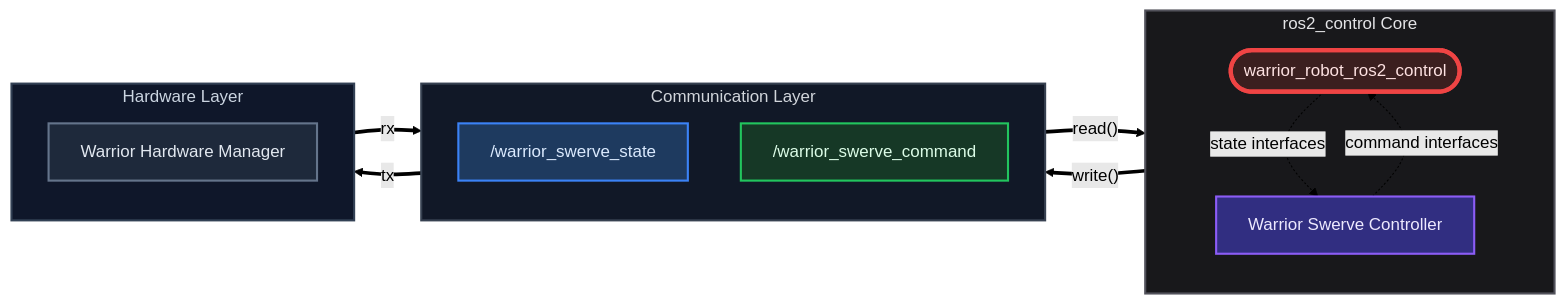
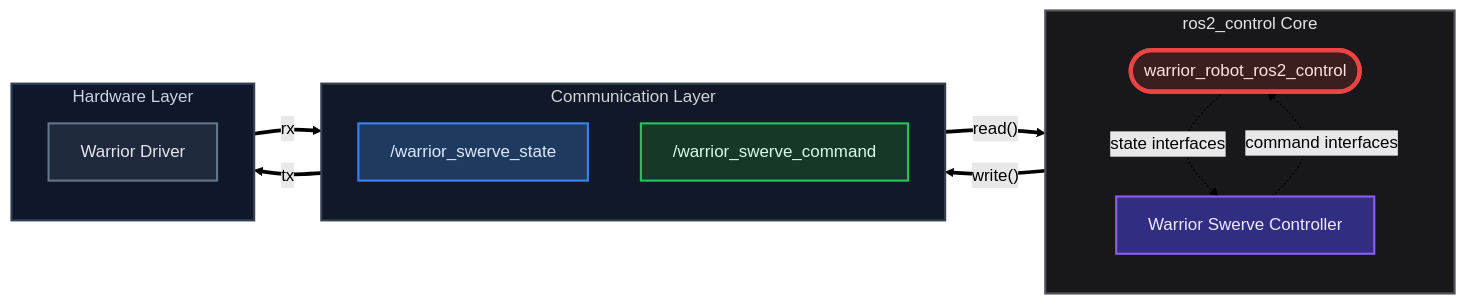
One commit to waynerobotics/Warrior_2026 changed the diagram in warrior_hardware/warrior_system/README.md. Above: the diagram before and after it, drawn with Mermaid (forest theme). The commit also changed 46 other files, not shown here.

````diff
--- a/warrior_hardware/warrior_system/README.md
+++ b/warrior_hardware/warrior_system/README.md
@@ -15,77 +15,77 @@
 ```mermaid
 flowchart LR
 
     %% =========================
     %% Communication Layer
     %% =========================
     subgraph COMM["Communication Layer"]
         direction TB
 
         FB["/warrior_swerve_state"]
         CMD["/warrior_swerve_command"]
     end
 
 
     %% =========================
     %% ros2_control Core
     %% =========================
     subgraph CORE["ros2_control Core"]
         direction TB
 
         SYS([warrior_robot_ros2_control])
 
         CTRL["Warrior Swerve Controller"]
     end
 
 
     %% =========================
     %% Hardware Layer
     %% =========================
     subgraph HWLAYER["Hardware Layer"]
         direction TB
 
-        HW["Warrior Hardware Manager"]
+        HW["Warrior Driver"]
     end
 
 
     %% =========================
     %% Data Flow
     %% =========================
     FB ==>|"read()"| SYS
 
     SYS ==>|"write()"| CMD
 
     CTRL -. "command interfaces" .-> SYS
     SYS -. "state interfaces" .-> CTRL
 
     CMD ==>|"tx"| HW
     HW ==>|"rx"| FB
 
 
     %% =========================
     %% Node Styles
     %% =========================
     classDef hardware fill:#1e293b,stroke:#64748b,color:#e2e8f0,stroke-width:2px;
     classDef state fill:#1e3a5f,stroke:#3b82f6,color:#dbeafe,stroke-width:2px;
     classDef command fill:#163826,stroke:#22c55e,color:#dcfce7,stroke-width:2px;
     classDef system fill:#3b1f1f,stroke:#ef4444,color:#fee2e2,stroke-width:4px;
     classDef controller fill:#312e81,stroke:#8b5cf6,color:#ede9fe,stroke-width:2px;
 
 
     %% =========================
     %% Subgraph Styles
     %% =========================
     style COMM fill:#111827,stroke:#374151,stroke-width:2px,color:#d1d5db
     style CORE fill:#18181b,stroke:#52525b,stroke-width:2px,color:#e4e4e7
     style HWLAYER fill:#0f172a,stroke:#334155,stroke-width:2px,color:#cbd5e1
 
 
     %% =========================
     %% Apply Classes
     %% =========================
     class HW hardware;
     class FB state;
     class CMD command;
     class SYS system;
     class CTRL controller;
 ```
````
